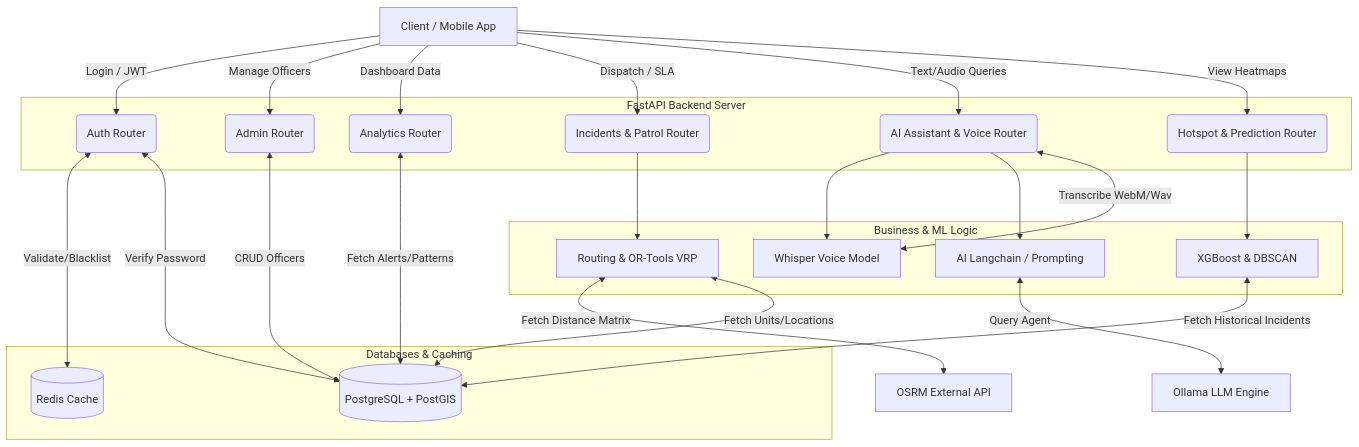
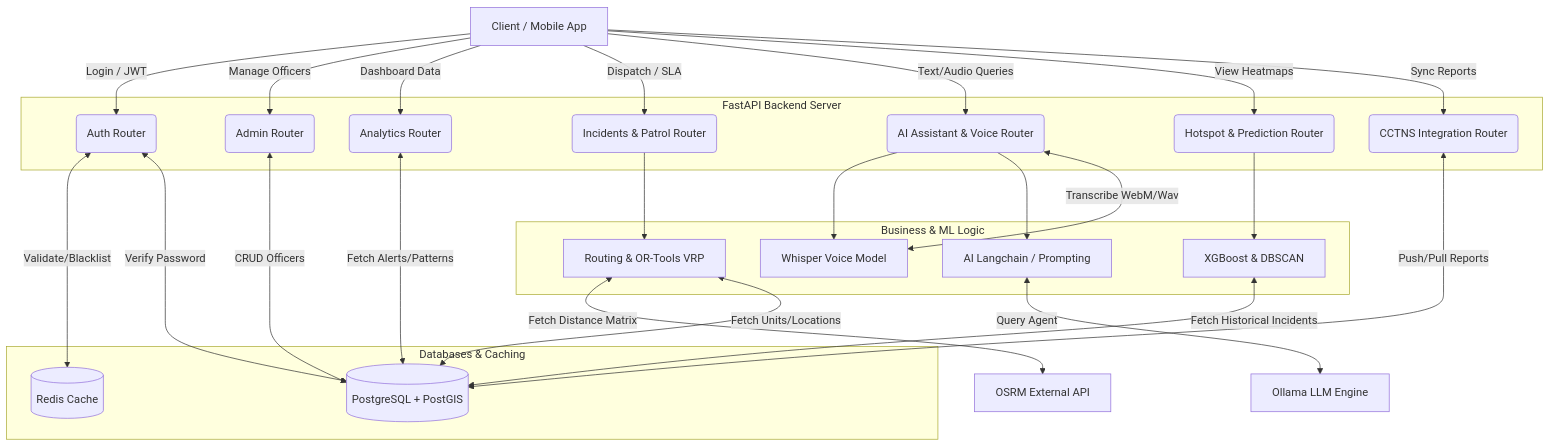
Before and after one commit to vyber07/SAMRAKSHA: the diagram in backend.md, drawn with Mermaid. The commit also changed other lines of this file and 3 other files, not shown here.

````diff
--- a/backend.md
+++ b/backend.md
@@ -9,58 +9,61 @@
 ```mermaid
 graph TD
     %% Define external entities
     Client[Client / Mobile App]
     OSRM[OSRM External API]
     Ollama[Ollama LLM Engine]
 
     %% Define API Layer
     subgraph FastAPI_Backend [FastAPI Backend Server]
         AuthAPI(Auth Router)
         AdminAPI(Admin Router)
         AnalyticsAPI(Analytics Router)
         IncidentsAPI(Incidents & Patrol Router)
         AssistantAPI(AI Assistant & Voice Router)
         HotspotAPI(Hotspot & Prediction Router)
+        CCTNSAPI(CCTNS Integration Router)
     end
 
     %% Define Services Layer
     subgraph Services [Business & ML Logic]
         RoutingService[Routing & OR-Tools VRP]
         PredictionService[XGBoost & DBSCAN]
         VoiceService[Whisper Voice Model]
         LLMService[AI Langchain / Prompting]
     end
 
     %% Define Data Layer
     subgraph Storage [Databases & Caching]
         PG[(PostgreSQL + PostGIS)]
         Redis[(Redis Cache)]
     end
 
     %% Connections - Client to API
     Client -->|Login / JWT| AuthAPI
     Client -->|Manage Officers| AdminAPI
     Client -->|Dashboard Data| AnalyticsAPI
     Client -->|Dispatch / SLA| IncidentsAPI
     Client -->|Text/Audio Queries| AssistantAPI
     Client -->|View Heatmaps| HotspotAPI
+    Client -->|Sync Reports| CCTNSAPI
 
     %% Connections - API to Storage
     AuthAPI <-->|Validate/Blacklist| Redis
     AuthAPI <-->|Verify Password| PG
     AdminAPI <-->|CRUD Officers| PG
     AnalyticsAPI <-->|Fetch Alerts/Patterns| PG
+    CCTNSAPI <-->|Push/Pull Reports| PG
 
     %% Connections - API to Services
     IncidentsAPI --> RoutingService
     HotspotAPI --> PredictionService
     AssistantAPI --> VoiceService
     AssistantAPI --> LLMService
 
     %% Connections - Services to Storage/External
     RoutingService <-->|Fetch Distance Matrix| OSRM
     RoutingService <-->|Fetch Units/Locations| PG
     PredictionService <-->|Fetch Historical Incidents| PG
     LLMService <-->|Query Agent| Ollama
     VoiceService <-->|Transcribe WebM/Wav| AssistantAPI
 ```
````
